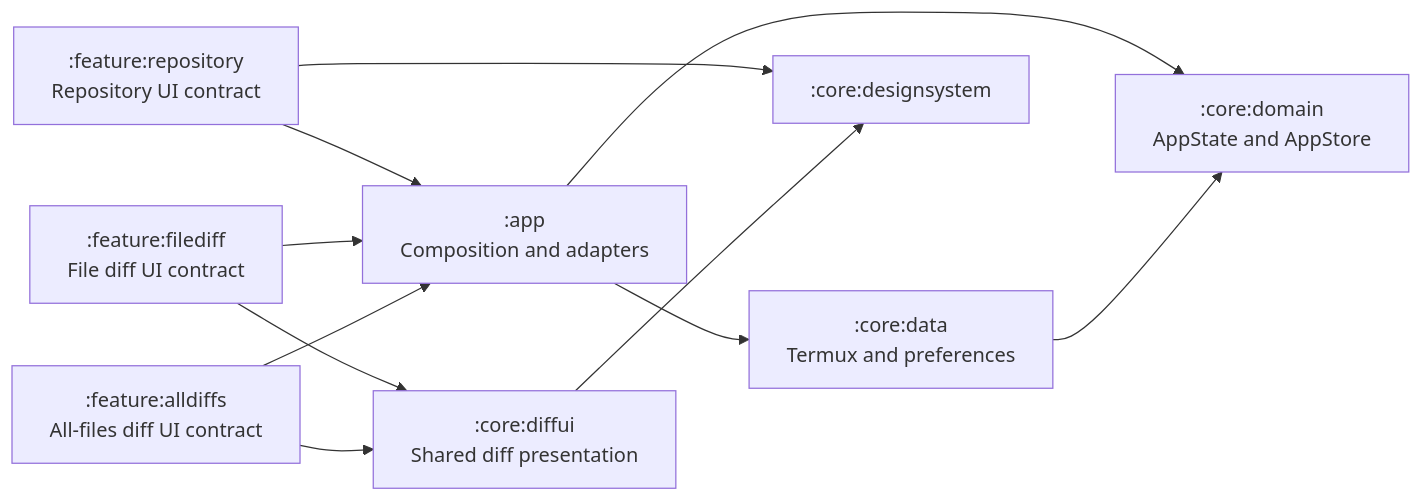
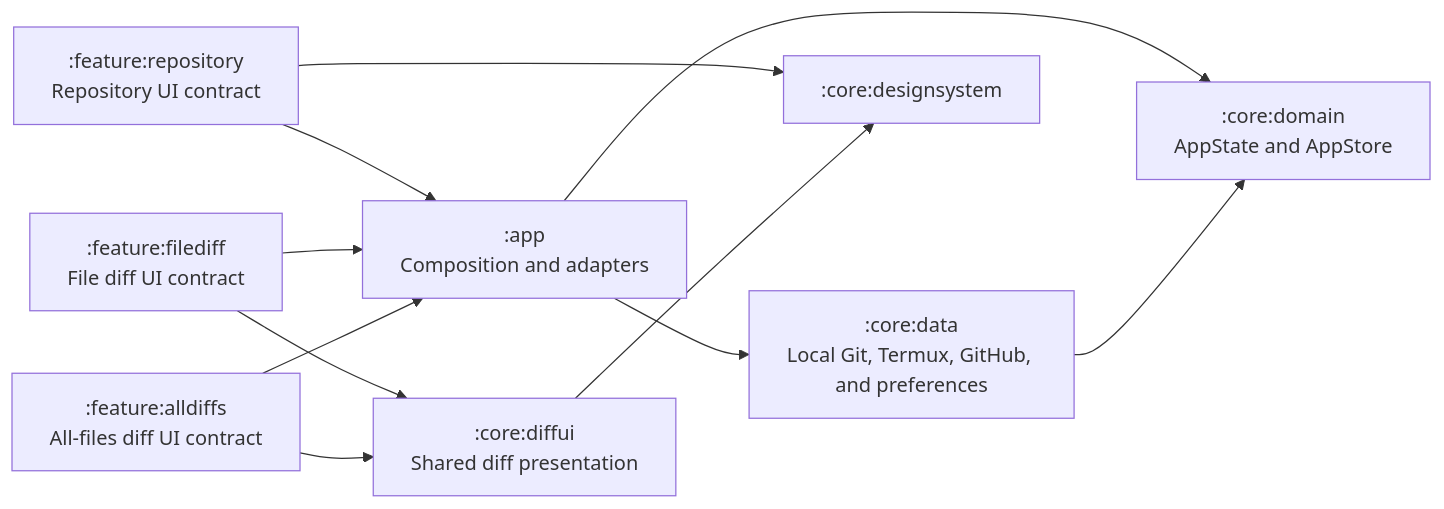
One commit to yyasutakeee/diff-viewer-android changed the second of 2 diagrams in docs/product-overview.md. Above: the diagram before and after it, drawn with Mermaid. The commit also changed other lines of this file and 16 other files, not shown here.

````diff
--- a/docs/product-overview.md
+++ b/docs/product-overview.md
@@ -102,13 +107,13 @@
 ```mermaid
 flowchart LR
     RU[":feature:repository<br/>Repository UI contract"] --> A[":app<br/>Composition and adapters"]
     FU[":feature:filediff<br/>File diff UI contract"] --> A
     AU[":feature:alldiffs<br/>All-files diff UI contract"] --> A
     A --> S[":core:domain<br/>AppState and AppStore"]
-    A --> D[":core:data<br/>Termux and preferences"]
+    A --> D[":core:data<br/>Local Git, Termux, GitHub, and preferences"]
     D --> S
     RU --> DS[":core:designsystem"]
     FU --> DU[":core:diffui<br/>Shared diff presentation"]
     AU --> DU
     DU --> DS
 ```
````
